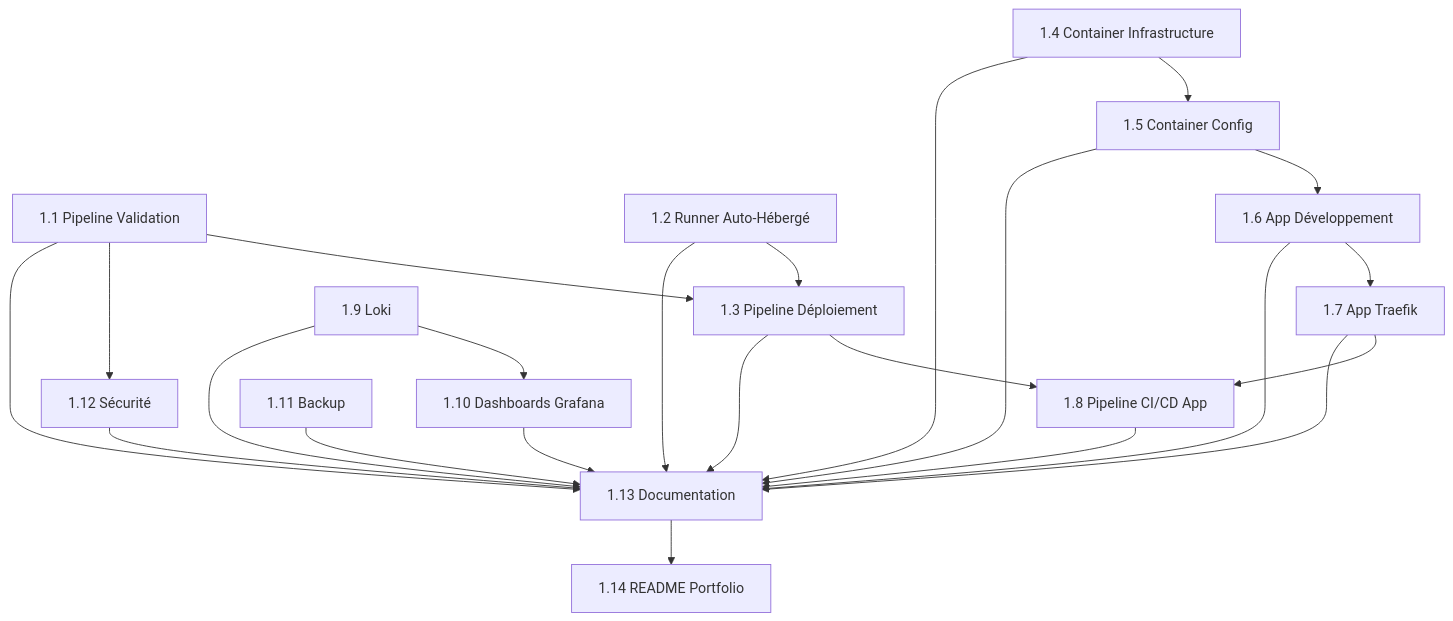
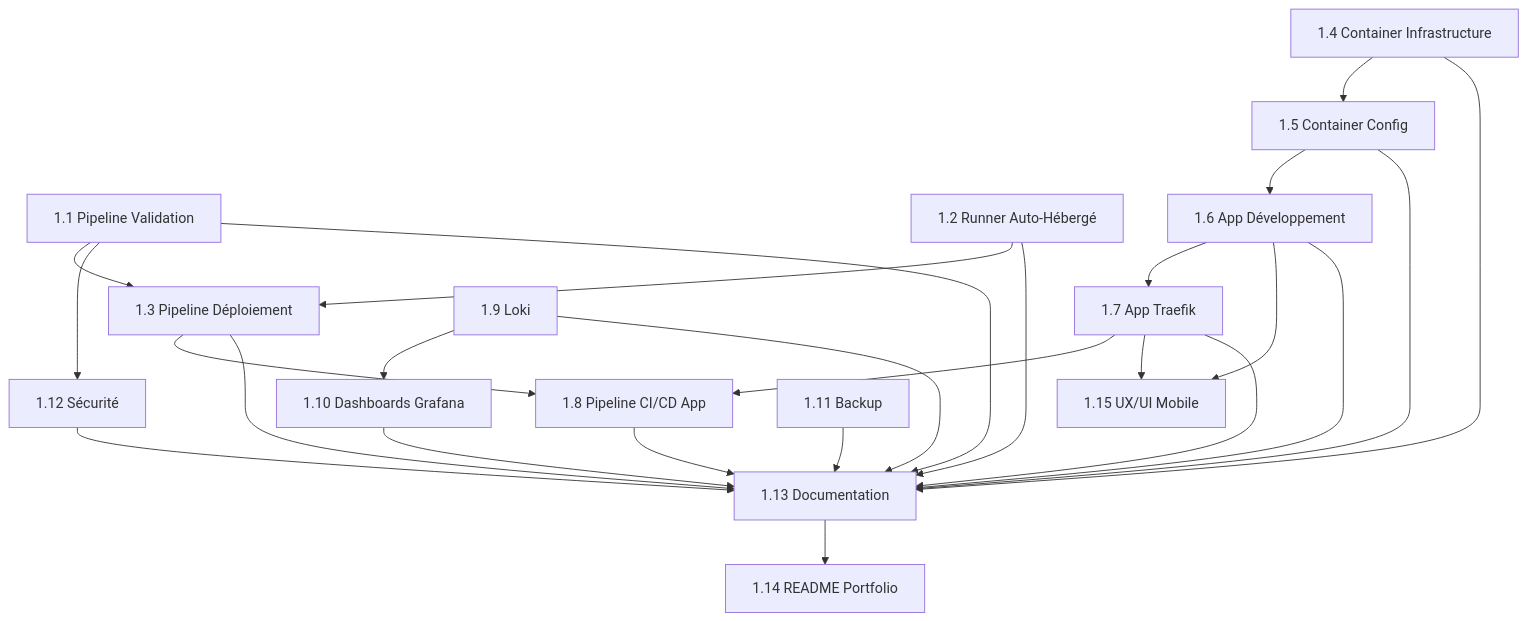
Before and after one commit to HibOOps/infra-oldevops: the diagram in docs/stories/ROADMAP.md, drawn with Mermaid. The commit also changed other lines of this file and 34 other files, not shown here.

````diff
--- a/docs/stories/ROADMAP.md
+++ b/docs/stories/ROADMAP.md
@@ -167,18 +161,19 @@
 ```mermaid
 graph TD
     A[1.1 Pipeline Validation] --> D[1.3 Pipeline Déploiement]
     B[1.2 Runner Auto-Hébergé] --> D
     D --> H[1.8 Pipeline CI/CD App]
 
     E[1.4 Container Infrastructure] --> F[1.5 Container Config]
     F --> G[1.6 App Développement]
     G --> I[1.7 App Traefik]
     I --> H
+    G & I --> P[1.15 UX/UI Mobile]
 
     J[1.9 Loki] --> K[1.10 Dashboards Grafana]
 
     A --> L[1.12 Sécurité]
 
     A & B & D & E & F & G & I & H & J & K & M[1.11 Backup] & L --> N[1.13 Documentation]
     N --> O[1.14 README Portfolio]
 ```
````
